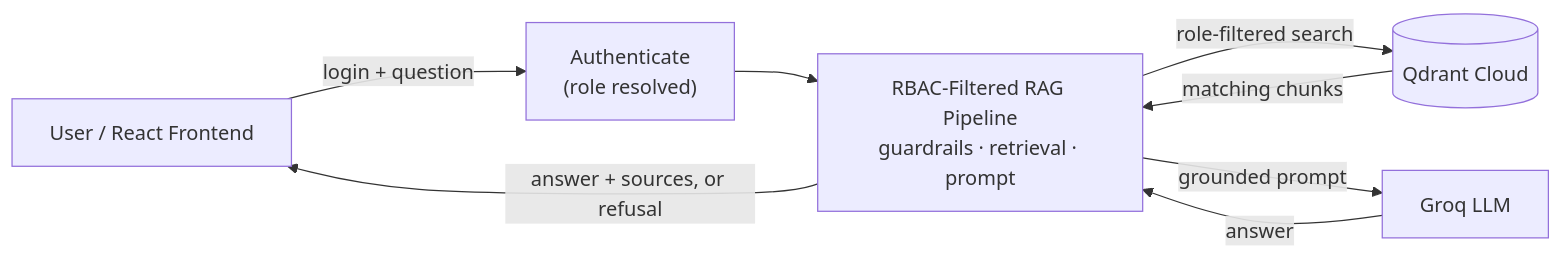
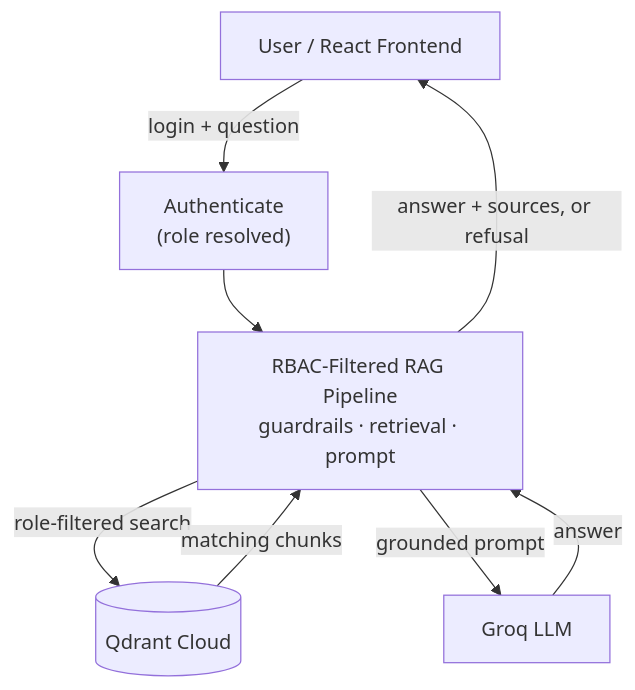
Before and after one commit to Sathwika-2k3/rag-rbac-fintech: the diagram in README.md, drawn with Mermaid.

Commit message:
architecture diagram

````diff
--- a/README.md
+++ b/README.md
@@ -18,10 +18,10 @@
 ```mermaid
-flowchart LR
+flowchart TD
     U["User / React Frontend"] -->|"login + question"| AUTH["Authenticate\n(role resolved)"]
     AUTH --> RAG["RBAC-Filtered RAG Pipeline\nguardrails · retrieval · prompt"]
     RAG -->|"role-filtered search"| QDRANT[("Qdrant Cloud")]
     QDRANT -->|"matching chunks"| RAG
     RAG -->|"grounded prompt"| LLM["Groq LLM"]
     LLM -->|"answer"| RAG
     RAG -->|"answer + sources, or refusal"| U
 ```
````
